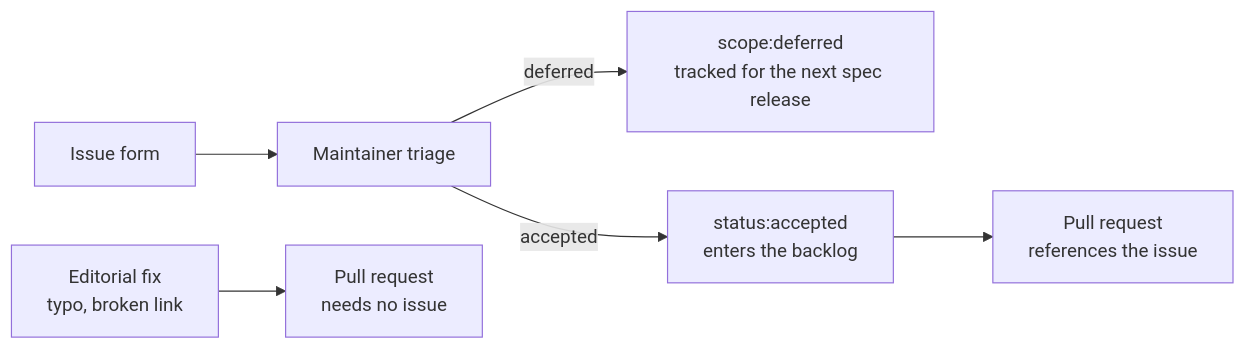
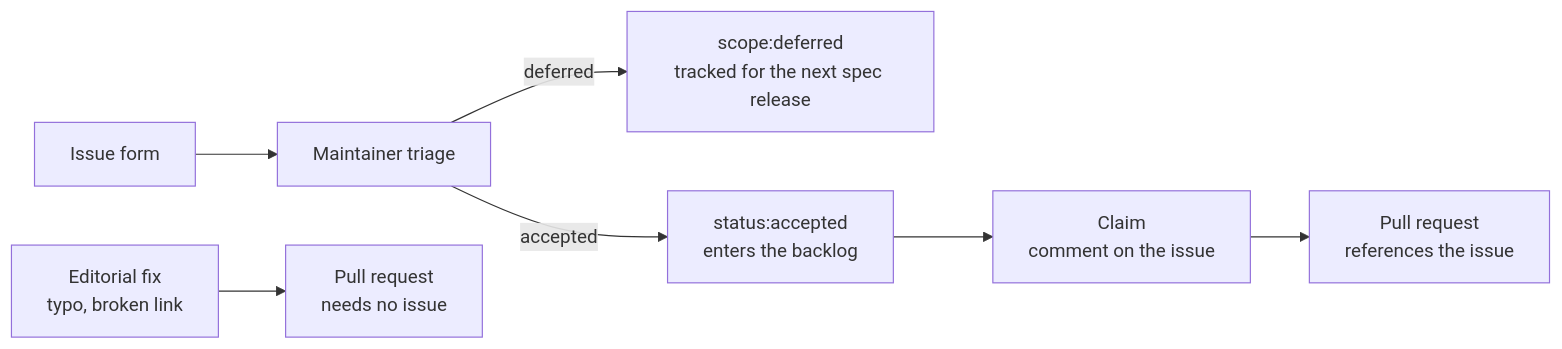
The fourth of 4 diagrams in README.md (GenAI-Security-Project/agent-control-standard), drawn with Mermaid before and after one commit. The commit also changed other lines of this file and 10 other files, not shown here.

````diff
--- a/README.md
+++ b/README.md
@@ -353,8 +355,9 @@
 ```mermaid
 flowchart LR
     F["Issue form"] --> T["Maintainer triage"]
     T -->|"deferred"| D["scope:deferred<br/>tracked for the next spec release"]
     T -->|"accepted"| A["status:accepted<br/>enters the backlog"]
-    A --> P["Pull request<br/>references the issue"]
+    A --> C["Claim<br/>comment on the issue"]
+    C --> P["Pull request<br/>references the issue"]
     E["Editorial fix<br/>typo, broken link"] --> P2["Pull request<br/>needs no issue"]
 ```
````
